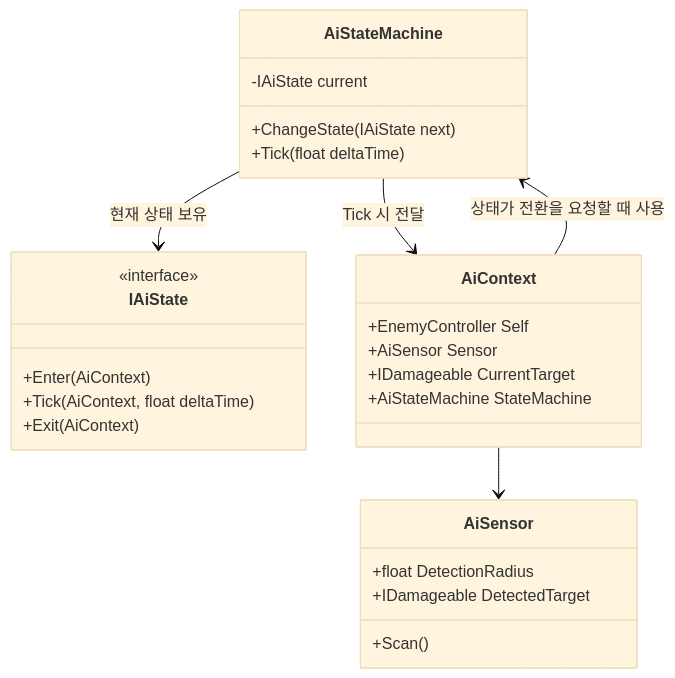
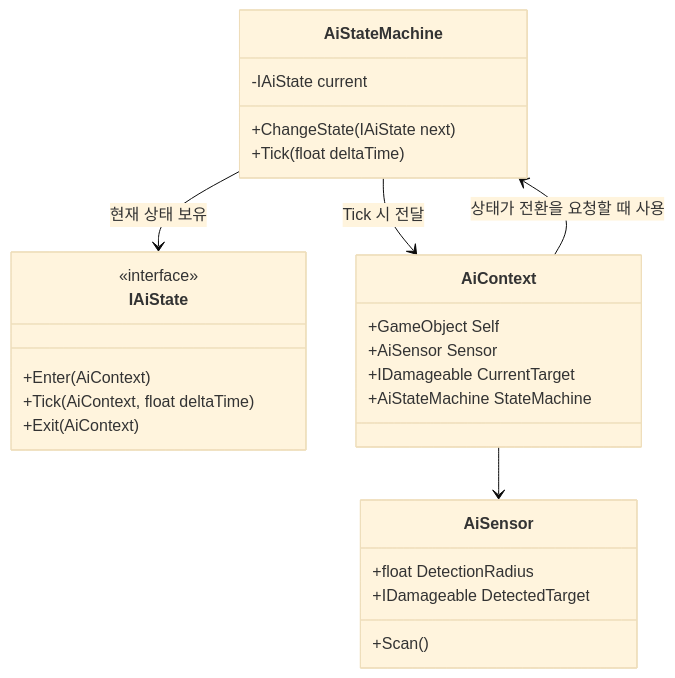
Before and after one commit to Seung-Hyun-211/ClaudeUnityPluginTest: the first of 4 diagrams in documents/ai-state-machine.md, drawn with Mermaid (base theme). The commit also changed other lines of this file and 13 other files, not shown here.

````diff
--- a/documents/ai-state-machine.md
+++ b/documents/ai-state-machine.md
@@ -15,30 +15,30 @@
 ```mermaid
 classDiagram
     class IAiState {
         <<interface>>
         +Enter(AiContext)
         +Tick(AiContext, float deltaTime)
         +Exit(AiContext)
     }
     class AiStateMachine {
         -IAiState current
         +ChangeState(IAiState next)
         +Tick(float deltaTime)
     }
     class AiContext {
-        +EnemyController Self
+        +GameObject Self
         +AiSensor Sensor
         +IDamageable CurrentTarget
         +AiStateMachine StateMachine
     }
     class AiSensor {
         +float DetectionRadius
         +IDamageable DetectedTarget
         +Scan()
     }
 
     AiStateMachine --> IAiState : 현재 상태 보유
     AiStateMachine --> AiContext : Tick 시 전달
     AiContext --> AiSensor
     AiContext --> AiStateMachine : 상태가 전환을 요청할 때 사용
 ```
````
